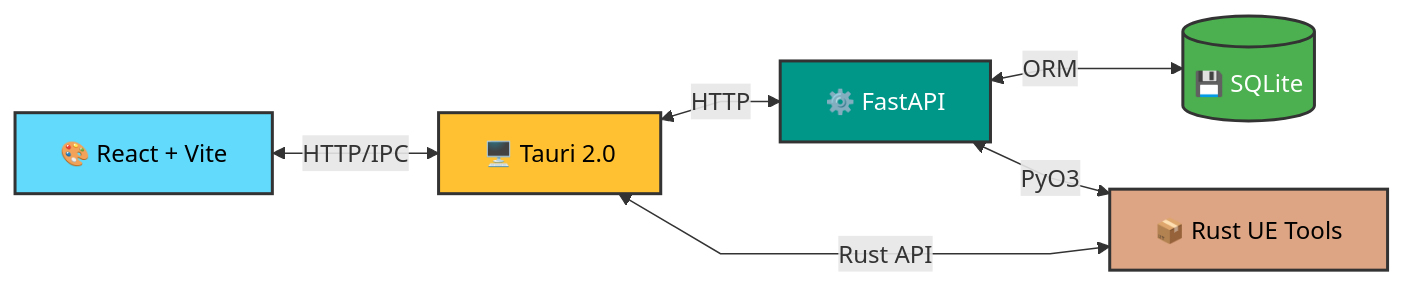
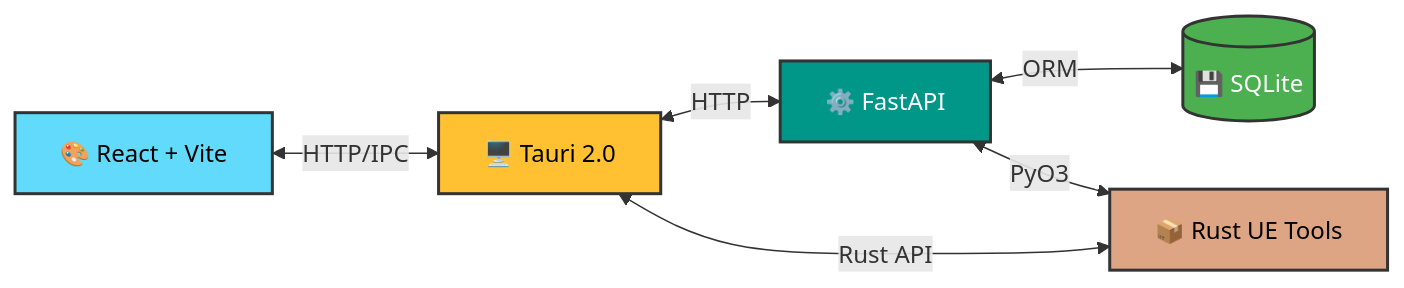
Before and after one commit to RayeGreene/MyMODMngr: the diagram in README.md, drawn with Mermaid.

Commit message:
docs: improve mermaid diagram configuration in README

````diff
--- a/README.md
+++ b/README.md
@@ -109,35 +109,34 @@
 ```mermaid
 %%{init: {
   "flowchart": {
-    "curve": "linear",
     "nodeSpacing": 40,
     "rankSpacing": 40
   }
 }}%%
 flowchart LR
     FE["🎨 React + Vite"]
     Tauri["🖥️ Tauri 2.0"]
     API["⚙️ FastAPI"]
     DB[("💾 SQLite")]
     RustUE["📦 Rust UE Tools"]
 
     FE <-->|HTTP/IPC| Tauri
     Tauri <-->|HTTP| API
     API <-->|ORM| DB
     API <-->|PyO3| RustUE
     Tauri <-->|Rust API| RustUE
 
     classDef frontend fill:#61dafb,stroke:#333,stroke-width:2px,color:#000
     classDef desktop fill:#ffc131,stroke:#333,stroke-width:2px,color:#000
     classDef backend fill:#009688,stroke:#333,stroke-width:2px,color:#fff
     classDef shared fill:#dea584,stroke:#333,stroke-width:2px,color:#000
     classDef data fill:#4caf50,stroke:#333,stroke-width:2px,color:#fff
 
     class FE frontend
     class Tauri desktop
     class API backend
     class RustUE shared
     class DB data
 
 
 ```
````
